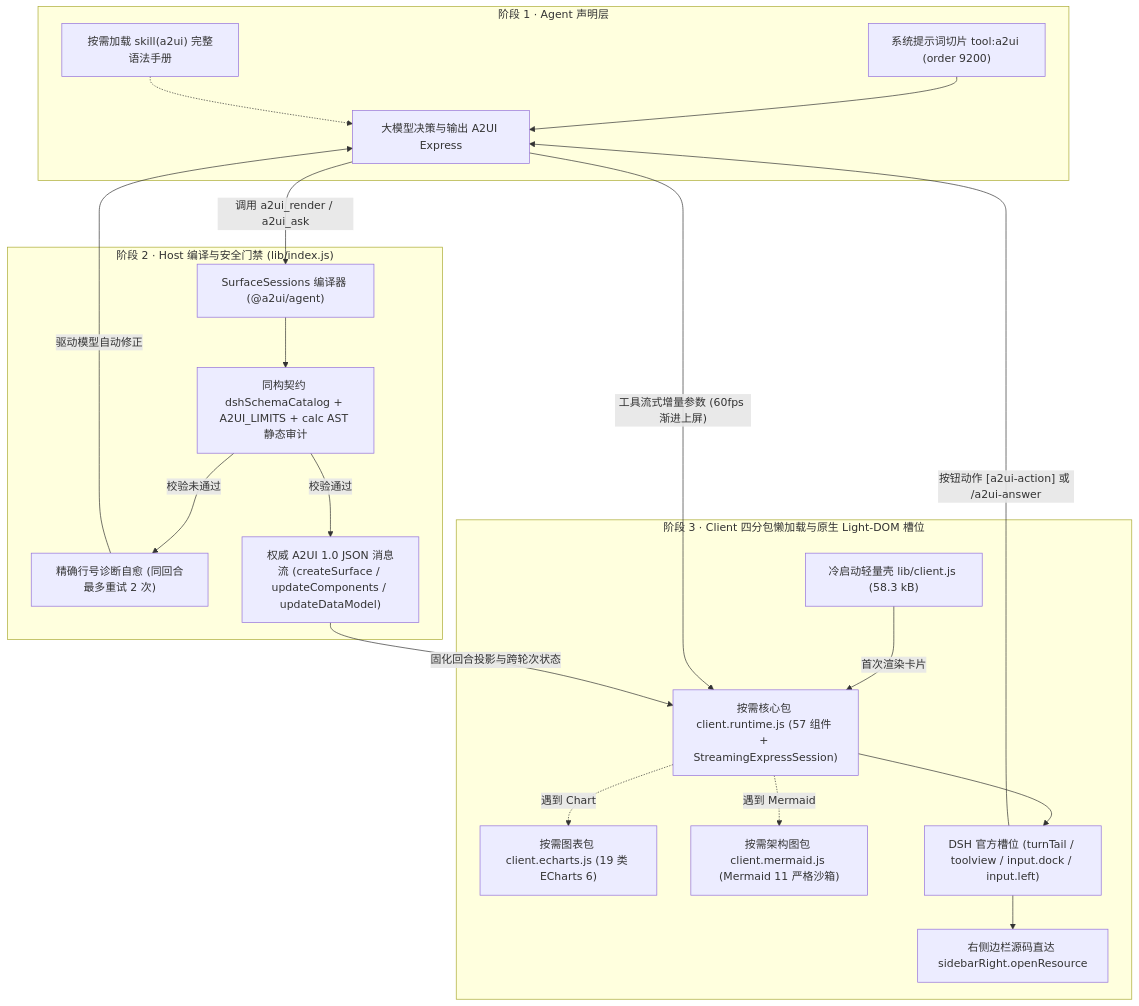
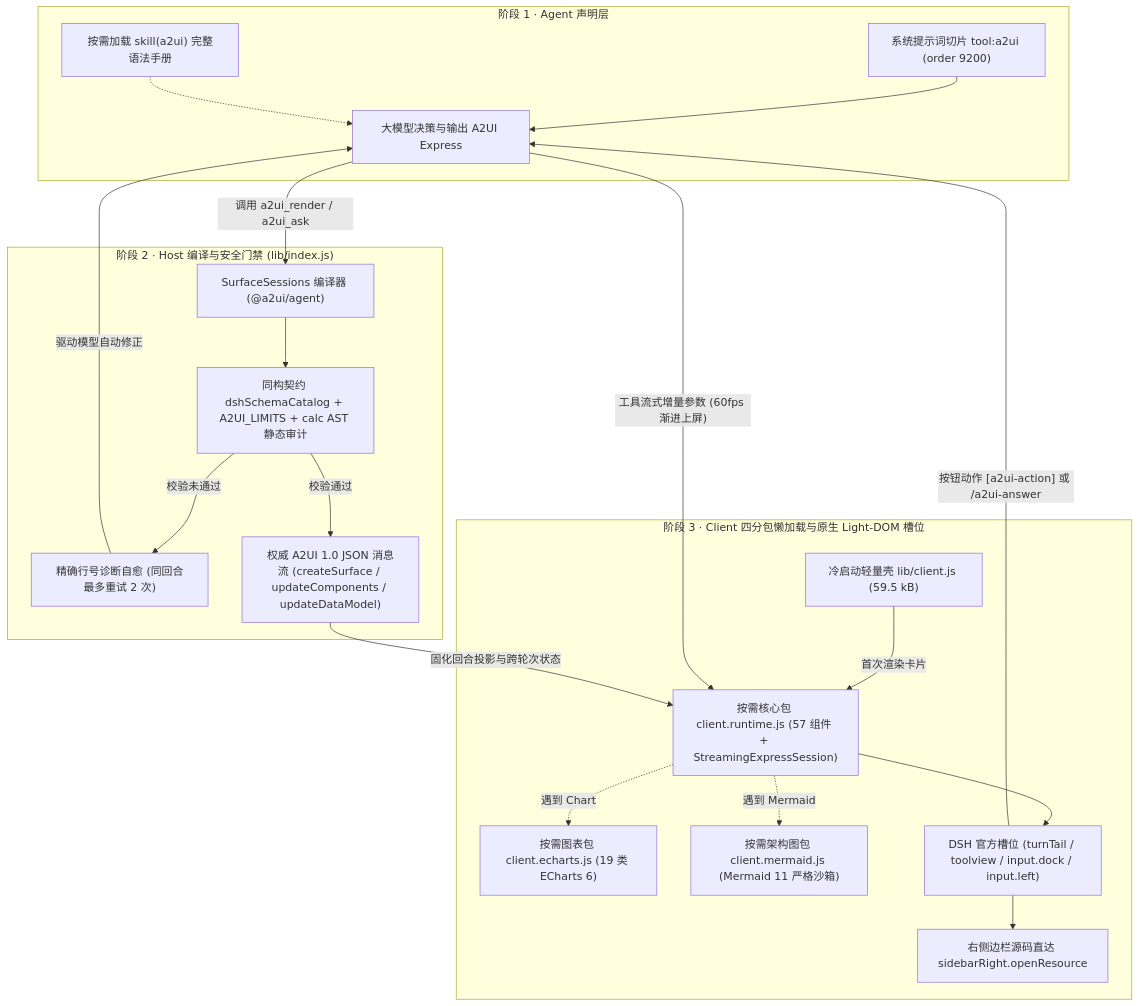
One commit to Geekhyt/dsh-genui-a2ui changed the diagram in docs/DEVELOPMENT.zh-CN.md. Above: the diagram before and after it, drawn with Mermaid. The commit also changed other lines of this file and 66 other files, not shown here.

````diff
--- a/docs/DEVELOPMENT.zh-CN.md
+++ b/docs/DEVELOPMENT.zh-CN.md
@@ -17,40 +17,40 @@
 ```mermaid
 flowchart TB
   subgraph S1["阶段 1 · Agent 声明层"]
     P["系统提示词切片 tool:a2ui (order 9200)"]
     SK["按需加载 skill(a2ui) 完整语法手册"]
     LLM["大模型决策与输出 A2UI Express"]
     P --> LLM
     SK -.-> LLM
   end
 
   subgraph S2["阶段 2 · Host 编译与安全门禁 (lib/index.js)"]
     COMP["SurfaceSessions 编译器 (@a2ui/agent)"]
     ZOD["同构契约 dshSchemaCatalog + A2UI_LIMITS + calc AST 静态审计"]
     REPAIR["精确行号诊断自愈 (同回合最多重试 2 次)"]
     WIRE["权威 A2UI 1.0 JSON 消息流 (createSurface / updateComponents / updateDataModel)"]
     COMP --> ZOD
     ZOD -->|"校验未通过"| REPAIR
     REPAIR -->|"驱动模型自动修正"| LLM
     ZOD -->|"校验通过"| WIRE
   end
 
   subgraph S3["阶段 3 · Client 四分包懒加载与原生 Light-DOM 槽位"]
-    SHELL["冷启动轻量壳 lib/client.js (58.3 kB)"]
+    SHELL["冷启动轻量壳 lib/client.js (59.5 kB)"]
     RT["按需核心包 client.runtime.js (57 组件 + StreamingExpressSession)"]
     EC["按需图表包 client.echarts.js (19 类 ECharts 6)"]
     MM["按需架构图包 client.mermaid.js (Mermaid 11 严格沙箱)"]
     SLOTS["DSH 官方槽位 (turnTail / toolview / input.dock / input.left)"]
     SIDE["右侧边栏源码直达 sidebarRight.openResource"]
     SHELL -->|"首次渲染卡片"| RT
     RT -.->|"遇到 Chart"| EC
     RT -.->|"遇到 Mermaid"| MM
     RT --> SLOTS
     SLOTS --> SIDE
   end
 
   LLM -->|"工具流式增量参数 (60fps 渐进上屏)"| RT
   LLM -->|"调用 a2ui_render / a2ui_ask"| COMP
   WIRE -->|"固化回合投影与跨轮次状态"| RT
   SLOTS -->|"按钮动作 [a2ui-action] 或 /a2ui-answer"| LLM
 ```
````
